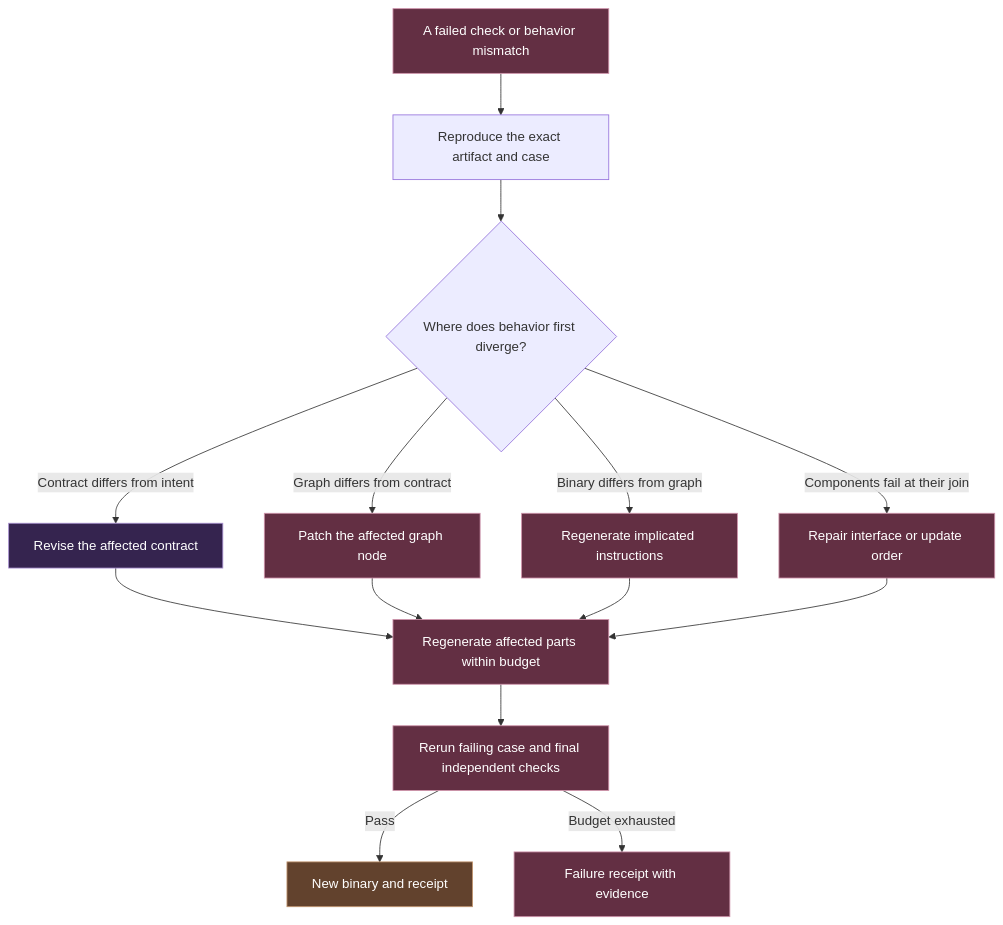
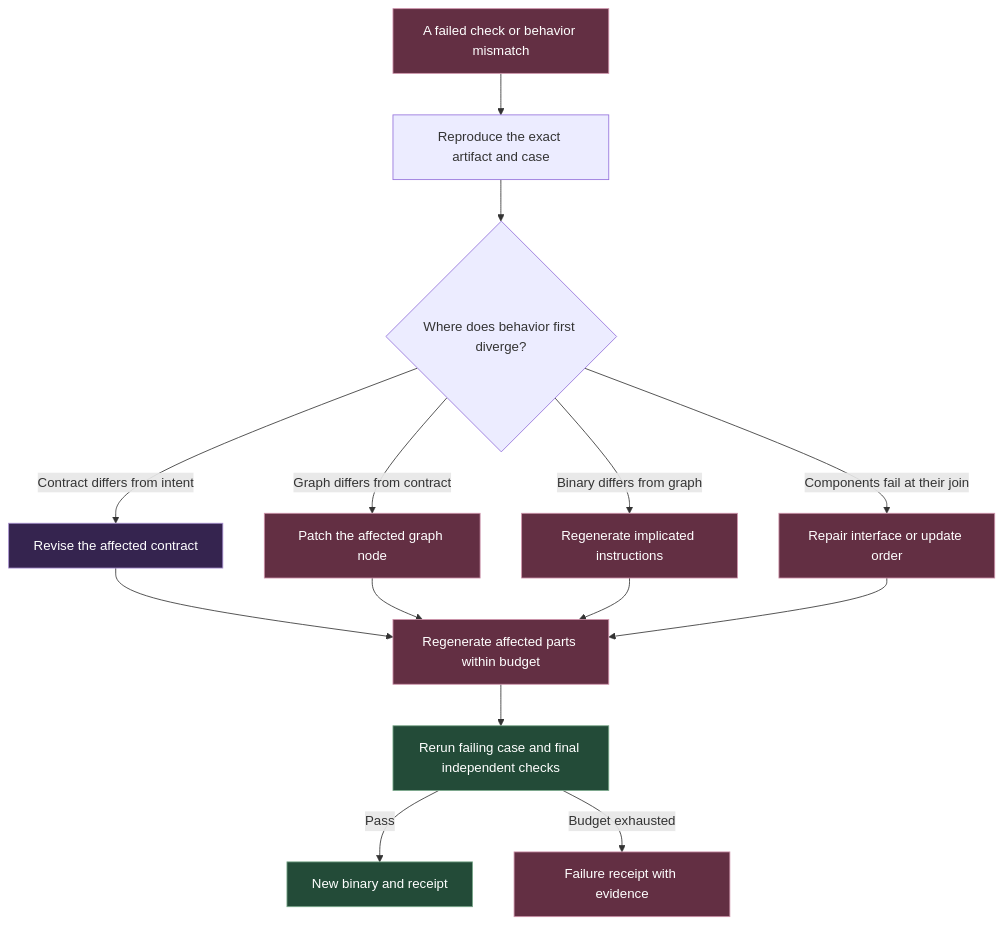
One commit to Kian-hdr/lore-demo changed the third of 5 diagrams in docs/Architecture.md. Above: the diagram before and after it, drawn with Mermaid. The commit also changed other lines of this file and 5 other files, not shown here.

Commit message:
Make diagram colors follow subsystem responsibilities

````diff
--- a/docs/Architecture.md
+++ b/docs/Architecture.md
@@ -78,22 +80,22 @@
 ```mermaid
 flowchart TD
     A["A failed check or behavior mismatch"] --> B["Reproduce the exact artifact and case"]
     B --> C{"Where does behavior first diverge?"}
     C -->|Contract differs from intent| D["Revise the affected contract"]
     C -->|Graph differs from contract| E["Patch the affected graph node"]
     C -->|Binary differs from graph| F["Regenerate implicated instructions"]
     C -->|Components fail at their join| G["Repair interface or update order"]
     D --> H["Regenerate affected parts within budget"]
     E --> H
     F --> H
     G --> H
     H --> I["Rerun failing case and final independent checks"]
     I -->|Pass| J["New binary and receipt"]
     I -->|Budget exhausted| K["Failure receipt with evidence"]
-    classDef change fill:#632f43,stroke:#cf93ab,color:#ffffff;
-    class A,E,F,G,H,I,K change;
     classDef plan fill:#35244f,stroke:#aa91d2,color:#ffffff;
     class D plan;
-    classDef exec fill:#62422d,stroke:#c39770,color:#ffffff;
-    class J exec;
+    classDef check fill:#234b38,stroke:#7ba98c,color:#ffffff;
+    class I,J check;
+    classDef change fill:#632f43,stroke:#cf93ab,color:#ffffff;
+    class A,E,F,G,H,K change;
 ```
````
